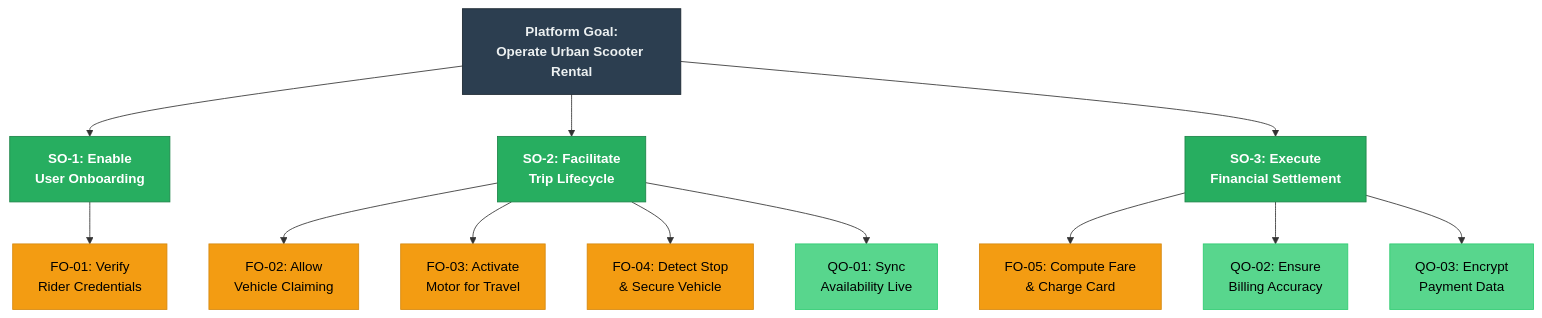
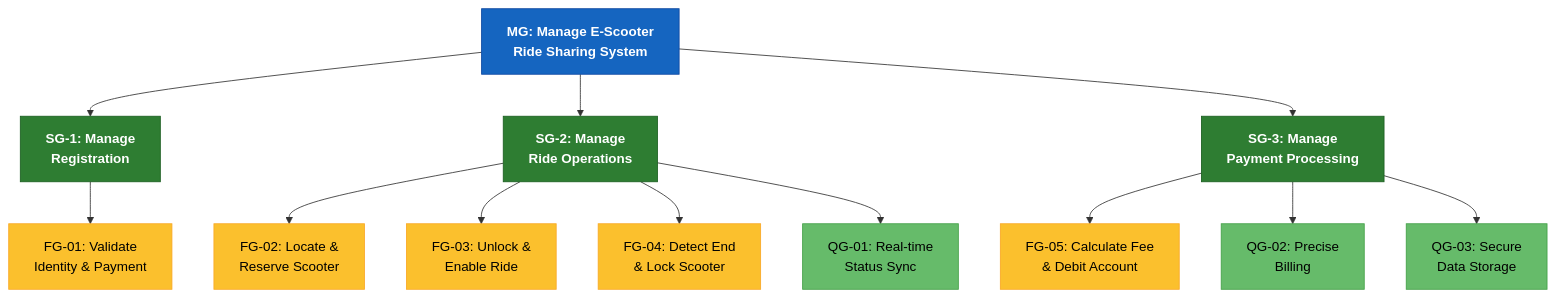
One commit to Siddharthpatni/Requirment_Asssignment changed the diagram in Exercise_04/goal_diagram.mmd. Above: the diagram before and after it, drawn with Mermaid. The commit also changed 6 other files, not shown here.

Commit message:
Professional academic PDF with clean diagrams and proper formatting

```diff
--- a/Exercise_04/goal_diagram.mmd
+++ b/Exercise_04/goal_diagram.mmd
@@ -1,49 +1,42 @@
 graph TD
-    %% Tier 1: Platform Goal
-    PG["<b>Platform Goal:<br/>Operate Urban Scooter Rental</b>"]
+    MG["<b>MG: Manage E-Scooter<br/>Ride Sharing System</b>"]
     
-    %% Tier 2: Sub-Objectives
-    SO1["<b>SO-1: Enable<br/>User Onboarding</b>"]
-    SO2["<b>SO-2: Facilitate<br/>Trip Lifecycle</b>"]
-    SO3["<b>SO-3: Execute<br/>Financial Settlement</b>"]
+    SG1["<b>SG-1: Manage<br/>Registration</b>"]
+    SG2["<b>SG-2: Manage<br/>Ride Operations</b>"]
+    SG3["<b>SG-3: Manage<br/>Payment Processing</b>"]
     
-    %% Tier 3: Leaf Objectives - Functional
-    FO01["FO-01: Verify<br/>Rider Credentials"]
-    FO02["FO-02: Allow<br/>Vehicle Claiming"]
-    FO03["FO-03: Activate<br/>Motor for Travel"]
-    FO04["FO-04: Detect Stop<br/>& Secure Vehicle"]
-    FO05["FO-05: Compute Fare<br/>& Charge Card"]
+    FG01["FG-01: Validate<br/>Identity & Payment"]
+    FG02["FG-02: Locate &<br/>Reserve Scooter"]
+    FG03["FG-03: Unlock &<br/>Enable Ride"]
+    FG04["FG-04: Detect End<br/>& Lock Scooter"]
+    FG05["FG-05: Calculate Fee<br/>& Debit Account"]
     
-    %% Tier 3: Leaf Objectives - Quality
-    QO01["QO-01: Sync<br/>Availability Live"]
-    QO02["QO-02: Ensure<br/>Billing Accuracy"]
-    QO03["QO-03: Encrypt<br/>Payment Data"]
+    QG01["QG-01: Real-time<br/>Status Sync"]
+    QG02["QG-02: Precise<br/>Billing"]
+    QG03["QG-03: Secure<br/>Data Storage"]
     
-    %% Connections Tier 1 to 2
-    PG --> SO1
-    PG --> SO2
-    PG --> SO3
+    MG --> SG1
+    MG --> SG2
+    MG --> SG3
     
-    %% Connections Tier 2 to 3
-    SO1 --> FO01
-    SO2 --> FO02
-    SO2 --> FO03
-    SO2 --> FO04
-    SO2 --> QO01
-    SO3 --> FO05
-    SO3 --> QO02
-    SO3 --> QO03
+    SG1 --> FG01
+    SG2 --> FG02
+    SG2 --> FG03
+    SG2 --> FG04
+    SG2 --> QG01
+    SG3 --> FG05
+    SG3 --> QG02
+    SG3 --> QG03
     
-    %% Visual Styling
-    style PG fill:#2c3e50,stroke:#1a252f,color:#ecf0f1
-    style SO1 fill:#27ae60,stroke:#1e8449,color:#fff
-    style SO2 fill:#27ae60,stroke:#1e8449,color:#fff
-    style SO3 fill:#27ae60,stroke:#1e8449,color:#fff
-    style FO01 fill:#f39c12,stroke:#d68910,color:#000
-    style FO02 fill:#f39c12,stroke:#d68910,color:#000
-    style FO03 fill:#f39c12,stroke:#d68910,color:#000
-    style FO04 fill:#f39c12,stroke:#d68910,color:#000
-    style FO05 fill:#f39c12,stroke:#d68910,color:#000
-    style QO01 fill:#58d68d,stroke:#2ecc71,color:#000
-    style QO02 fill:#58d68d,stroke:#2ecc71,color:#000
-    style QO03 fill:#58d68d,stroke:#2ecc71,color:#000
+    style MG fill:#1565c0,stroke:#0d47a1,color:#fff
+    style SG1 fill:#2e7d32,stroke:#1b5e20,color:#fff
+    style SG2 fill:#2e7d32,stroke:#1b5e20,color:#fff
+    style SG3 fill:#2e7d32,stroke:#1b5e20,color:#fff
+    style FG01 fill:#fbc02d,stroke:#f9a825,color:#000
+    style FG02 fill:#fbc02d,stroke:#f9a825,color:#000
+    style FG03 fill:#fbc02d,stroke:#f9a825,color:#000
+    style FG04 fill:#fbc02d,stroke:#f9a825,color:#000
+    style FG05 fill:#fbc02d,stroke:#f9a825,color:#000
+    style QG01 fill:#66bb6a,stroke:#43a047,color:#000
+    style QG02 fill:#66bb6a,stroke:#43a047,color:#000
+    style QG03 fill:#66bb6a,stroke:#43a047,color:#000
```
